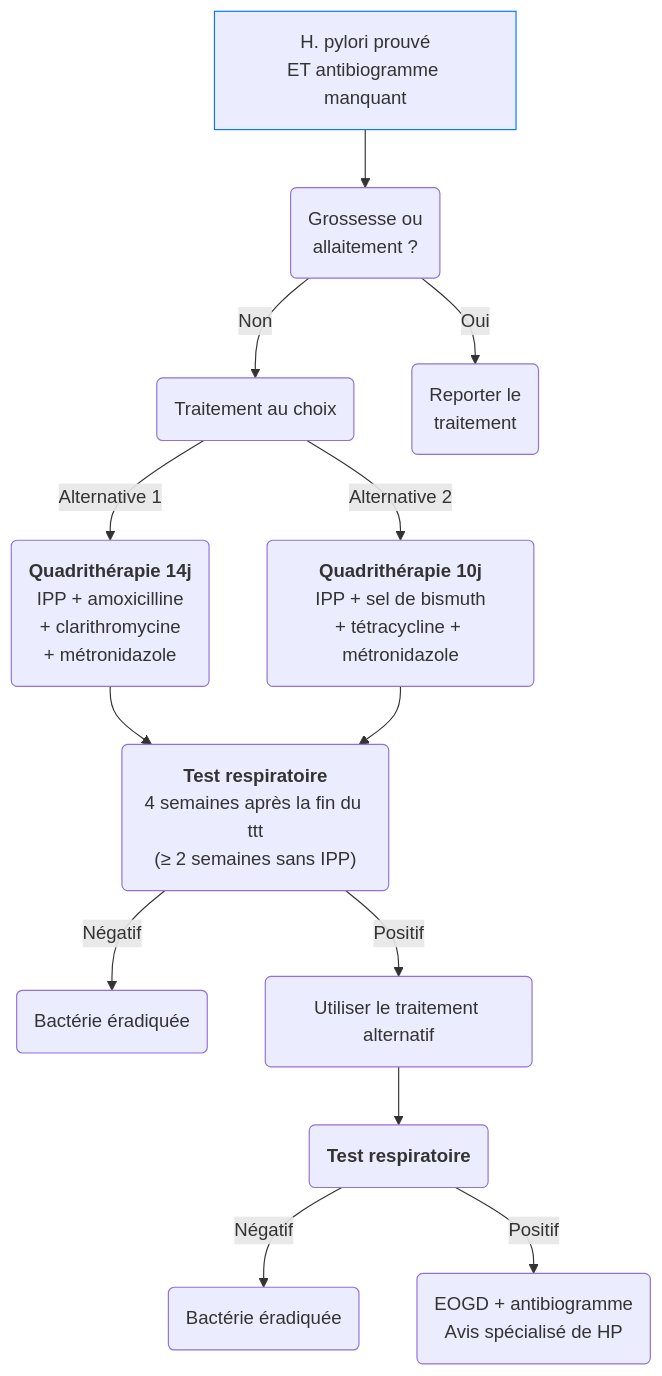
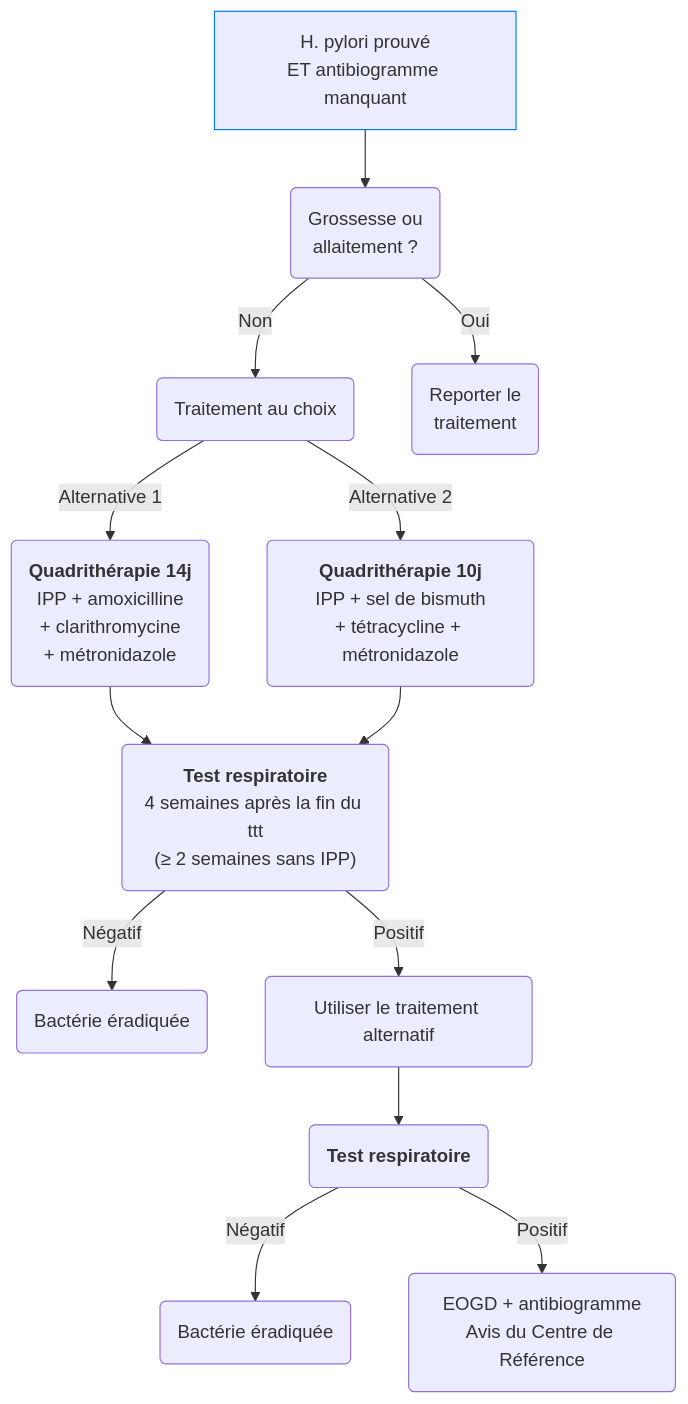
Before and after one commit to djibe/recommandations-medicales: the second of 2 diagrams in content/recommandations/helicobacter-pylori.md, drawn with Mermaid. The commit also changed other lines of this file and 10 other files, not shown here.

```diff
--- a/content/recommandations/helicobacter-pylori.md
+++ b/content/recommandations/helicobacter-pylori.md
@@ -162,17 +202,16 @@
 {{< mermaid >}}
 graph TB
   probabiliste["H. pylori prouvé<br>ET antibiogramme manquant"] --> grossesse("Grossesse ou<br>allaitement ?")
   style probabiliste stroke:#0077ff, stroke-width:1px
     grossesse -- Non --> choix("Traitement au choix")
       choix -- Alternative 1 --> concomitant("<b>Quadrithérapie 14j</b><br>IPP + amoxicilline<br>+ clarithromycine<br>+ métronidazole")
       concomitant --> controle("<b>Test respiratoire</b><br>4 semaines après la fin du ttt<br>(≥ 2 semaines sans IPP)")
       choix -- Alternative 2 --> bismuth("<b>Quadrithérapie 10j</b><br>IPP + sel de bismuth<br>+ tétracycline + métronidazole")
         bismuth --> controle
           controle -- Négatif --> ok(Bactérie éradiquée)
           controle -- Positif --> switch(Utiliser le traitement alternatif)
             switch --> surv("<b>Test respiratoire</b>")
               surv -- Négatif --> ok2(Bactérie éradiquée)
-              surv -- Positif --> EOGD("EOGD + antibiogramme<br>Avis spécialisé de HP")
+              surv -- Positif --> EOGD("EOGD + antibiogramme<br>Avis du Centre de Référence")
     grossesse -- Oui --> reporter("Reporter le<br>traitement")
-
 {{< /mermaid >}}
```
